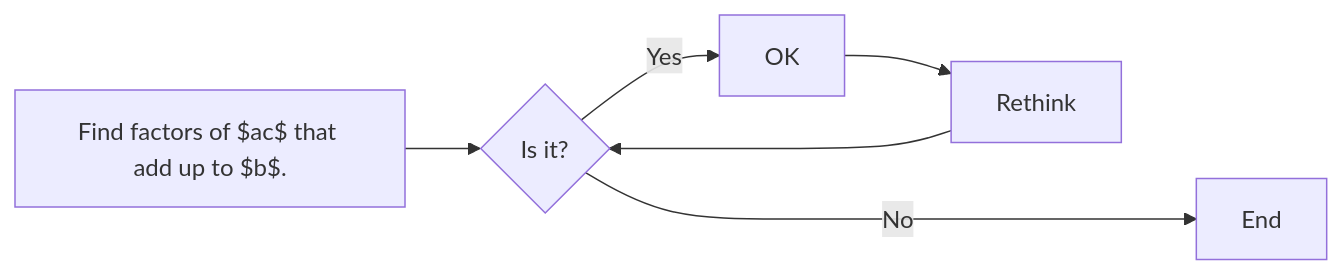
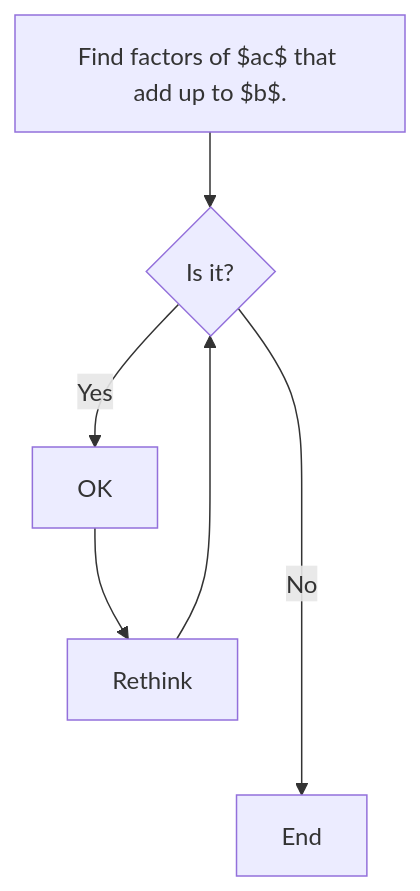
One commit to jkeneda/jupyter-math-book changed the diagram in _sources/docs/algebra-review/1-factoring.md. Above: the diagram before and after it, drawn with Mermaid. The commit also changed 5 other files, not shown here.

````diff
--- a/_sources/docs/algebra-review/1-factoring.md
+++ b/_sources/docs/algebra-review/1-factoring.md
@@ -75,8 +75,8 @@
 ```{mermaid}
-    flowchart LR
+    flowchart TD
     A[Find factors of $ac$ that add up to $b$.] --> B{Is it?}
     B -- Yes --> C[OK]
     C --> D[Rethink]
     D --> B
     B -- No ----> E[End]
 ```
````
